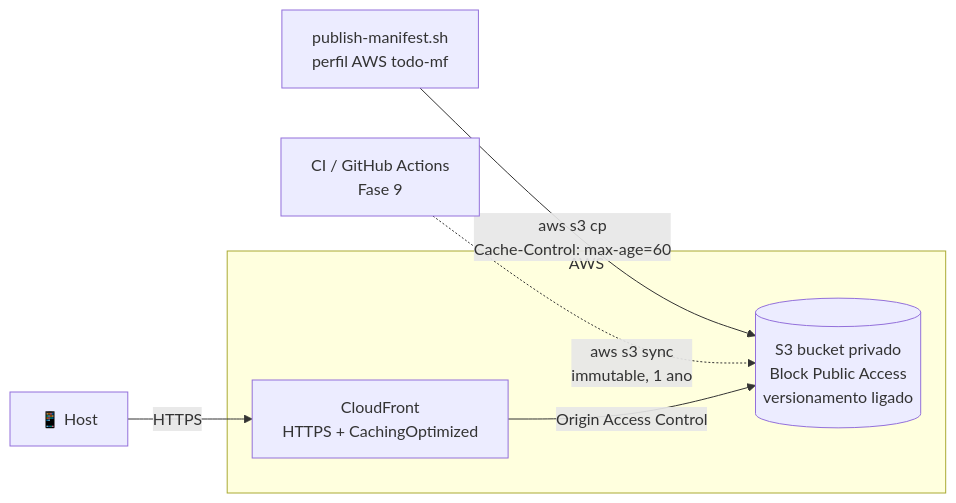
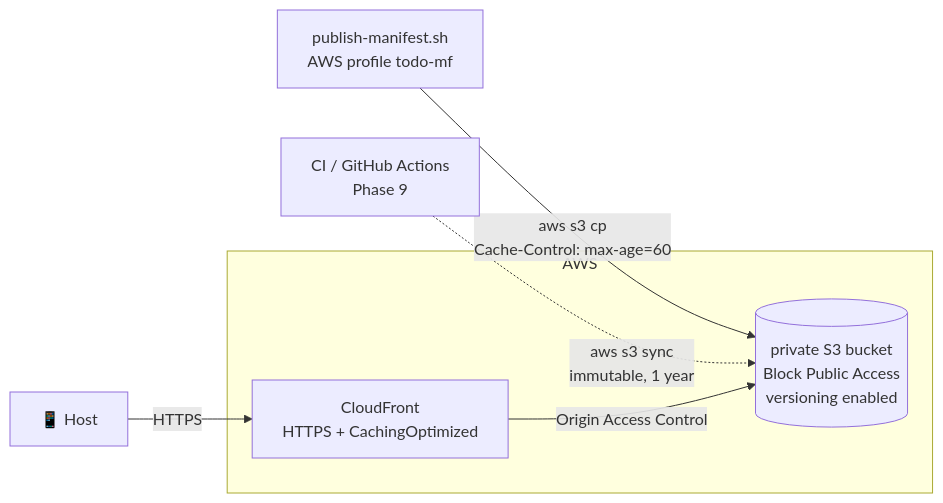
One commit to Luizrebelatto/module-federation-playground changed the seventh of 8 diagrams in todo-mf/ARCHITECTURE.md. Above: the diagram before and after it, drawn with Mermaid. The commit also changed other lines of this file and 16 other files, not shown here.

````diff
--- a/todo-mf/ARCHITECTURE.md
+++ b/todo-mf/ARCHITECTURE.md
@@ -325,13 +325,13 @@
 ```mermaid
 flowchart LR
-  Dev["publish-manifest.sh<br/>perfil AWS todo-mf"] -- "aws s3 cp<br/>Cache-Control: max-age=60" --> S3
-  CI["CI / GitHub Actions<br/>Fase 9"] -. "aws s3 sync<br/>immutable, 1 ano" .-> S3
+  Dev["publish-manifest.sh<br/>AWS profile todo-mf"] -- "aws s3 cp<br/>Cache-Control: max-age=60" --> S3
+  CI["CI / GitHub Actions<br/>Phase 9"] -. "aws s3 sync<br/>immutable, 1 year" .-> S3
 
   subgraph AWS["AWS"]
-    S3[("S3 bucket privado<br/>Block Public Access<br/>versionamento ligado")]
+    S3[("private S3 bucket<br/>Block Public Access<br/>versioning enabled")]
     CF["CloudFront<br/>HTTPS + CachingOptimized"]
     CF -- "Origin Access Control" --> S3
   end
 
   App["📱 Host"] -- "HTTPS" --> CF
 ```
````
